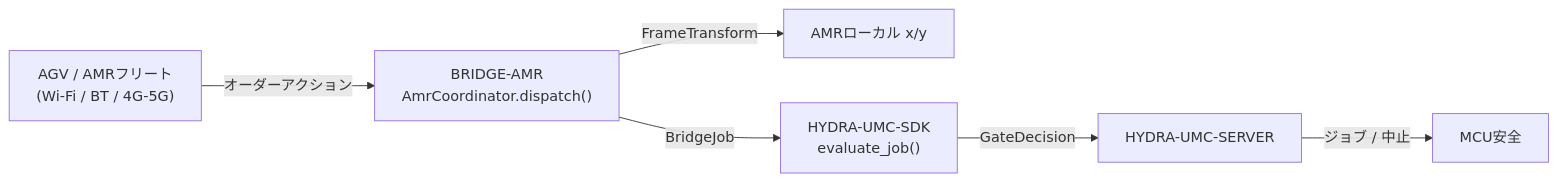
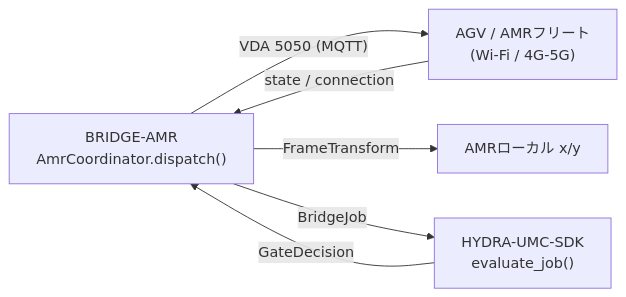
The diagram in README_jpn.md (JuanenRac/HYDRA-UMC-BRIDGE-AMR), drawn with Mermaid before and after one commit. The commit also changed other lines of this file and 22 other files, not shown here.

Commit message:
Send VDA 5050 action names, give the MQTT client an id and wait for the broker, add the state/connection observer and keep orders valid JSON (0.1.1)

````diff
--- a/README_jpn.md
+++ b/README_jpn.md
@@ -50,8 +51,8 @@
 ```mermaid
 flowchart LR
-    AMR["AGV / AMRフリート<br/>(Wi-Fi / BT / 4G-5G)"] -- "オーダーアクション" --> BRIDGE["BRIDGE-AMR<br/>AmrCoordinator.dispatch()"]
+    BRIDGE["BRIDGE-AMR<br/>AmrCoordinator.dispatch()"] -- "VDA 5050 (MQTT)" --> AMR["AGV / AMRフリート<br/>(Wi-Fi / 4G-5G)"]
+    AMR -- "state / connection" --> BRIDGE
     BRIDGE -- "FrameTransform" --> LOCAL["AMRローカル x/y"]
     BRIDGE -- BridgeJob --> SDK["HYDRA-UMC-SDK<br/>evaluate_job()"]
-    SDK -- GateDecision --> SERVER["HYDRA-UMC-SERVER"]
-    SERVER -- "ジョブ / 中止" --> MCU["MCU安全"]
+    SDK -- GateDecision --> BRIDGE
 ```
````
